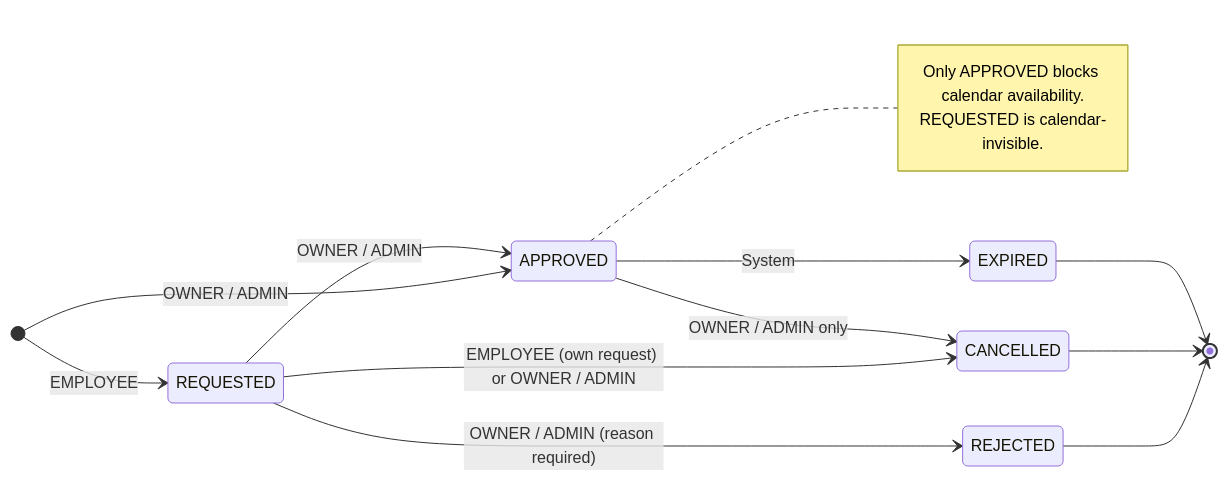
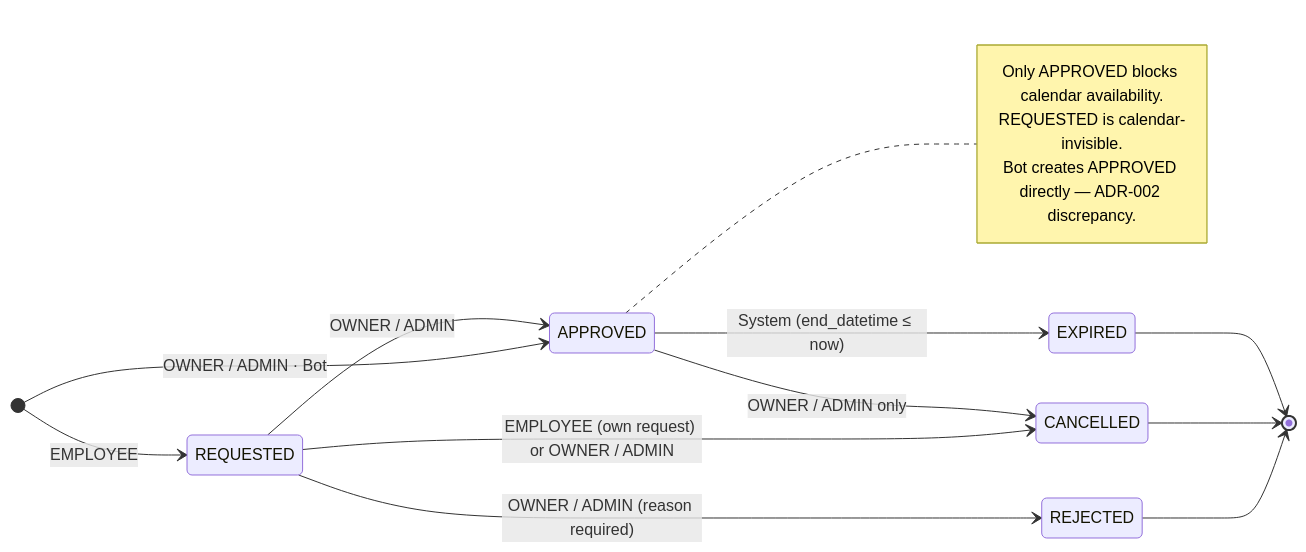
Before and after one commit to GerardGurgui/vookedme-engineering: the third of 3 diagrams in docs/governance/state-machines.md, drawn with Mermaid. The commit also changed other lines of this file and 3 other files, not shown here.

Commit message:
docs(governance): publish AX-3 state machines — Figure 1.a, 1.b, Figure 2 (v1.8.0)

````diff
--- a/docs/governance/state-machines.md
+++ b/docs/governance/state-machines.md
@@ -26,24 +130,25 @@
 ```mermaid
 %%{init: {'theme': 'default'}}%%
 stateDiagram-v2
     direction LR
 
     [*] --> REQUESTED : EMPLOYEE
-    [*] --> APPROVED  : OWNER / ADMIN
+    [*] --> APPROVED  : OWNER / ADMIN · Bot
 
     REQUESTED --> APPROVED  : OWNER / ADMIN
     REQUESTED --> REJECTED  : OWNER / ADMIN (reason required)
     REQUESTED --> CANCELLED : EMPLOYEE (own request) or OWNER / ADMIN
 
     APPROVED  --> CANCELLED : OWNER / ADMIN only
-    APPROVED  --> EXPIRED   : System
+    APPROVED  --> EXPIRED   : System (end_datetime ≤ now)
 
     REJECTED  --> [*]
     CANCELLED --> [*]
     EXPIRED   --> [*]
 
     note right of APPROVED
         Only APPROVED blocks calendar availability.
         REQUESTED is calendar-invisible.
+        Bot creates APPROVED directly — ADR-002 discrepancy.
     end note
 ```
````
